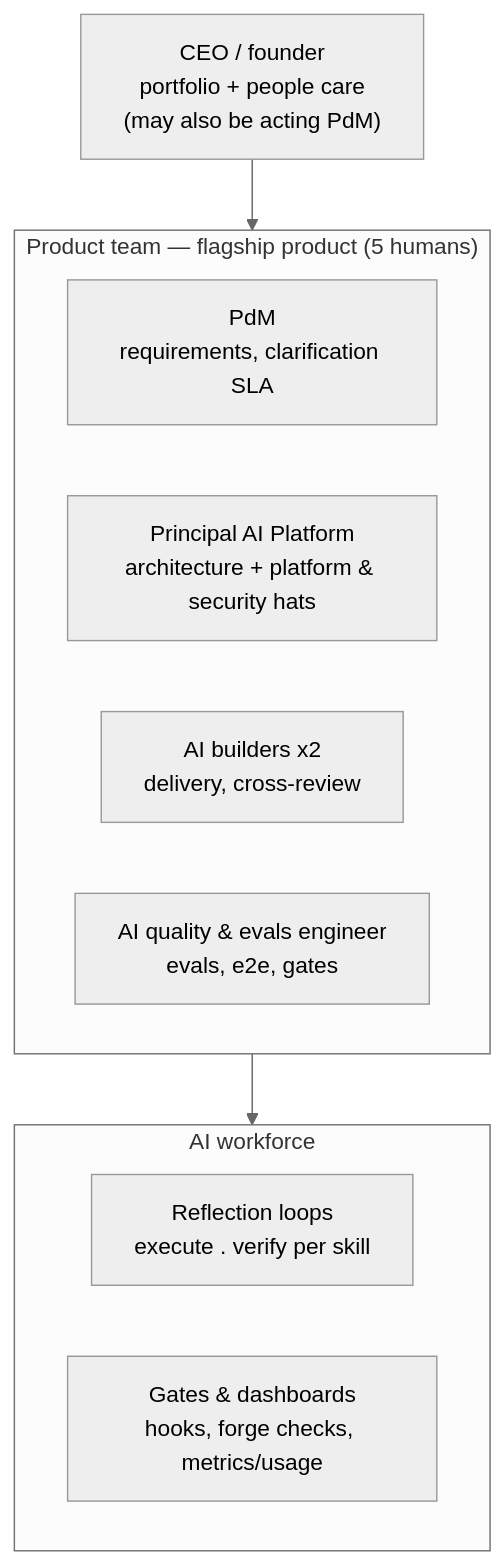
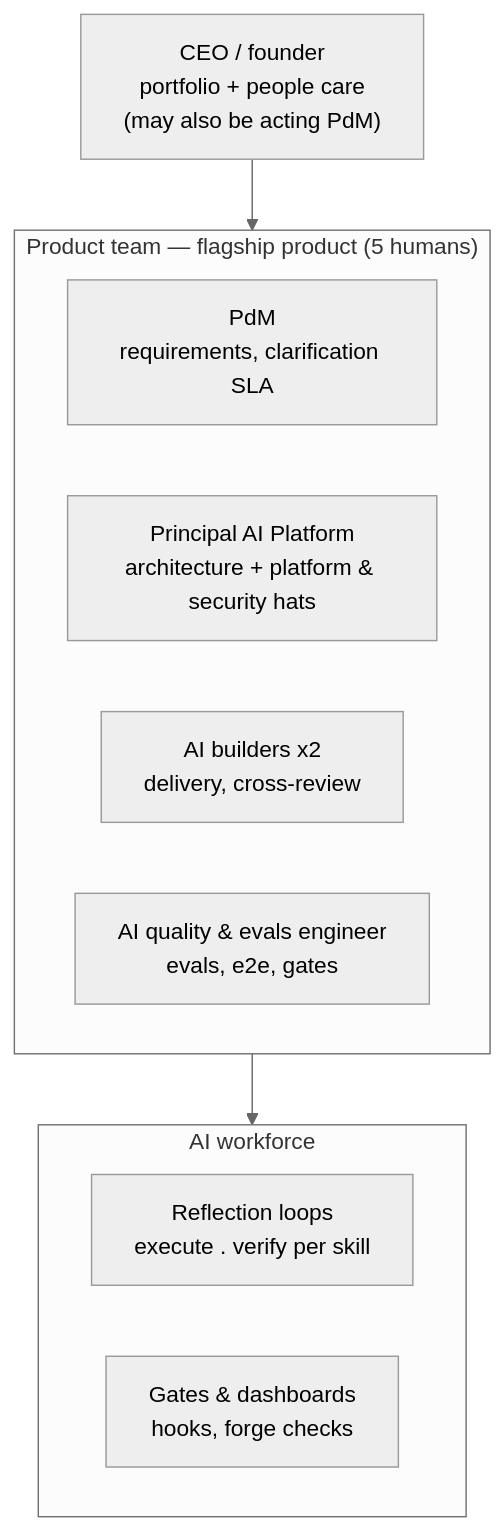
Before and after one commit to globalmindsolution/gms-marketplace: the first of 2 diagrams in docs/product/operating-model.md, drawn with Mermaid (neutral theme). The commit also changed other lines of this file and 1036 other files, not shown here.

````diff
--- a/docs/product/operating-model.md
+++ b/docs/product/operating-model.md
@@ -50,16 +50,16 @@
 ```mermaid
 flowchart TB
     CEO["CEO / founder<br/>portfolio + people care<br/>(may also be acting PdM)"]
     subgraph PT["Product team — flagship product (5 humans)"]
         PDM["PdM<br/>requirements, clarification SLA"]
         PRC["Principal AI Platform<br/>architecture + platform & security hats"]
         B["AI builders x2<br/>delivery, cross-review"]
         QE["AI quality & evals engineer<br/>evals, e2e, gates"]
     end
     subgraph AIW["AI workforce"]
         TRI["Reflection loops<br/>execute . verify per skill"]
-        GAT["Gates & dashboards<br/>hooks, forge checks, metrics/usage"]
+        GAT["Gates & dashboards<br/>hooks, forge checks"]
     end
     CEO --> PT
     PT --> AIW
 ```
````
